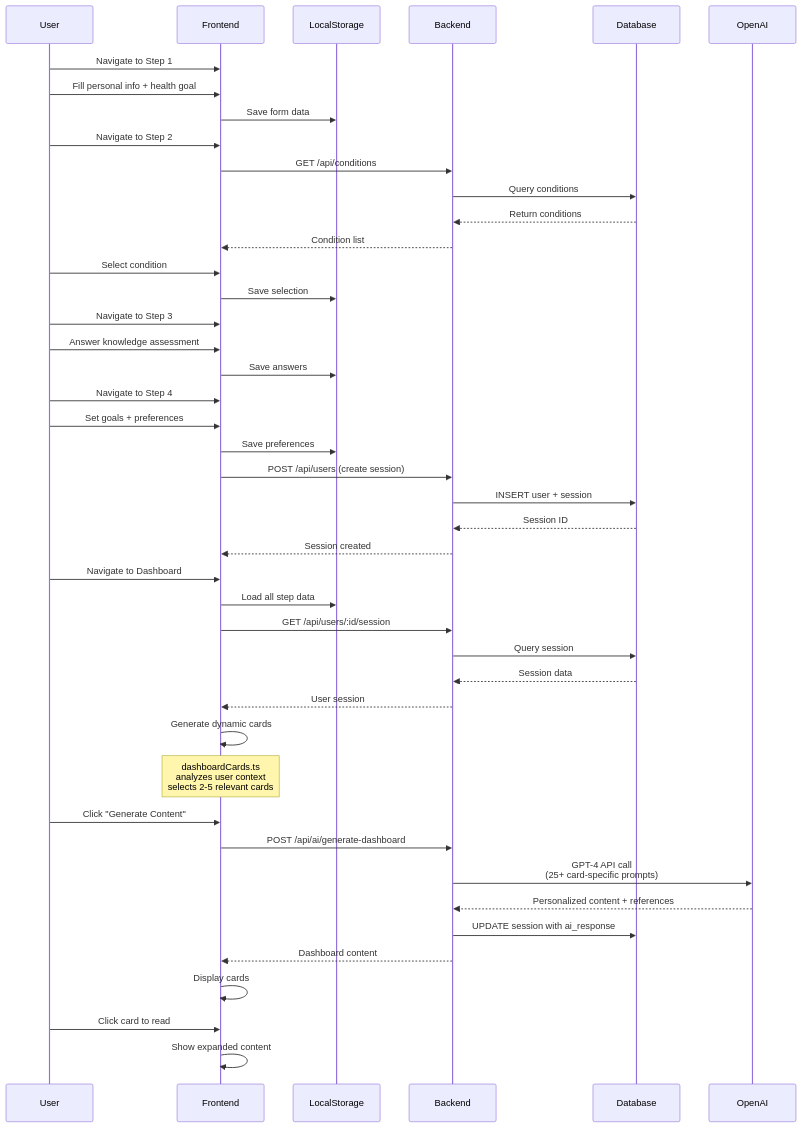
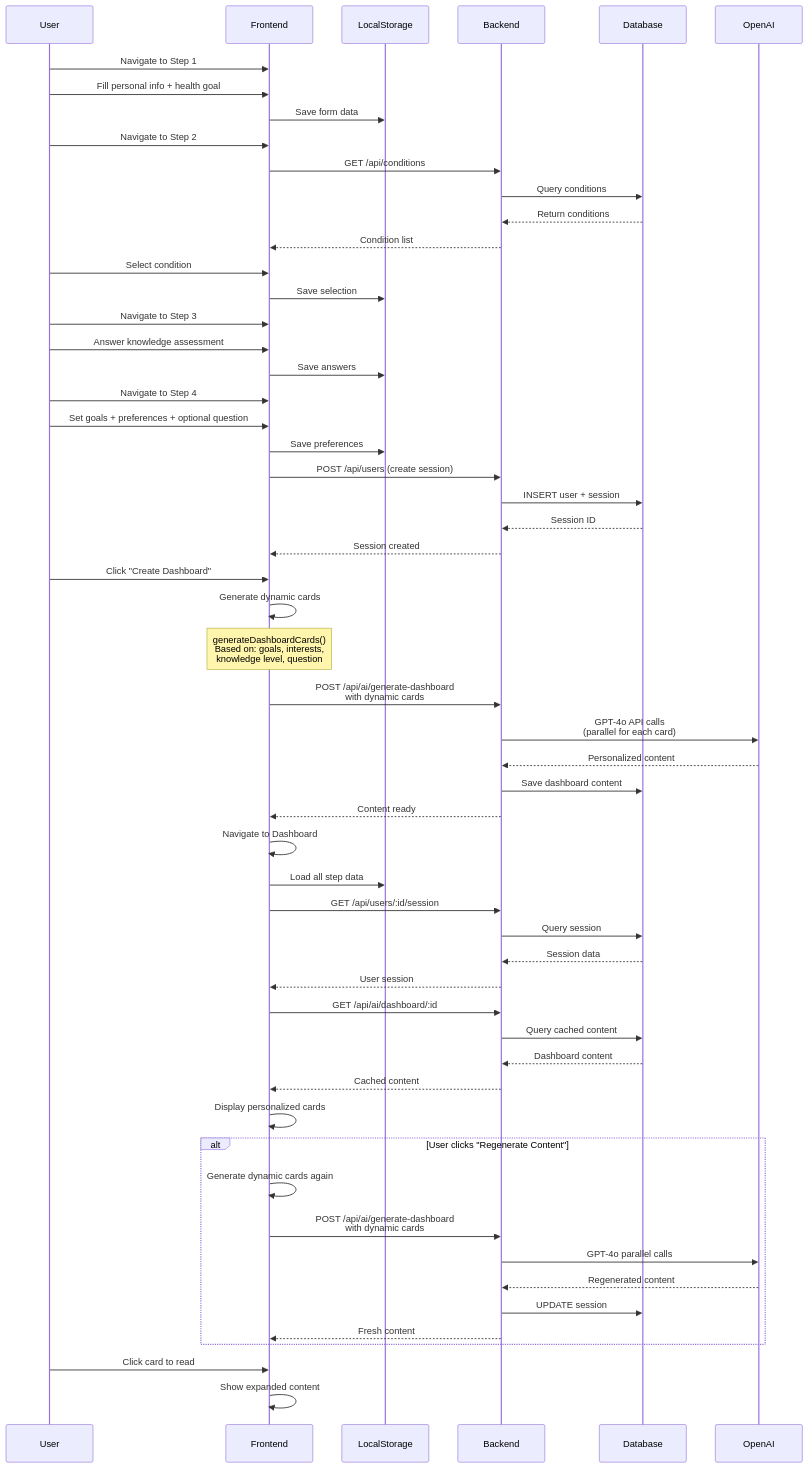
One commit to EyadAlsadouni/AI-Based-Education changed the second of 10 diagrams in ARCHITECTURE.md. Above: the diagram before and after it, drawn with Mermaid. The commit also changed other lines of this file and 11 other files, not shown here.

````diff
--- a/ARCHITECTURE.md
+++ b/ARCHITECTURE.md
@@ -214,54 +205,66 @@
 ```mermaid
 sequenceDiagram
     participant User
     participant Frontend
     participant LocalStorage
     participant Backend
     participant Database
     participant OpenAI
     
     User->>Frontend: Navigate to Step 1
     User->>Frontend: Fill personal info + health goal
     Frontend->>LocalStorage: Save form data
     
     User->>Frontend: Navigate to Step 2
     Frontend->>Backend: GET /api/conditions
     Backend->>Database: Query conditions
     Database-->>Backend: Return conditions
     Backend-->>Frontend: Condition list
     User->>Frontend: Select condition
     Frontend->>LocalStorage: Save selection
     
     User->>Frontend: Navigate to Step 3
     User->>Frontend: Answer knowledge assessment
     Frontend->>LocalStorage: Save answers
     
     User->>Frontend: Navigate to Step 4
-    User->>Frontend: Set goals + preferences
+    User->>Frontend: Set goals + preferences + optional question
     Frontend->>LocalStorage: Save preferences
     Frontend->>Backend: POST /api/users (create session)
     Backend->>Database: INSERT user + session
     Database-->>Backend: Session ID
     Backend-->>Frontend: Session created
     
-    User->>Frontend: Navigate to Dashboard
+    User->>Frontend: Click "Create Dashboard"
+    Frontend->>Frontend: Generate dynamic cards
+    Note over Frontend: generateDashboardCards()<br/>Based on: goals, interests,<br/>knowledge level, question
+    Frontend->>Backend: POST /api/ai/generate-dashboard<br/>with dynamic cards
+    Backend->>OpenAI: GPT-4o API calls<br/>(parallel for each card)
+    OpenAI-->>Backend: Personalized content
+    Backend->>Database: Save dashboard content
+    Backend-->>Frontend: Content ready
+    Frontend->>Frontend: Navigate to Dashboard
     Frontend->>LocalStorage: Load all step data
     Frontend->>Backend: GET /api/users/:id/session
     Backend->>Database: Query session
     Database-->>Backend: Session data
     Backend-->>Frontend: User session
     
-    Frontend->>Frontend: Generate dynamic cards
-    Note over Frontend: dashboardCards.ts<br/>analyzes user context<br/>selects 2-5 relevant cards
+    Frontend->>Backend: GET /api/ai/dashboard/:id
+    Backend->>Database: Query cached content
+    Database-->>Backend: Dashboard content
+    Backend-->>Frontend: Cached content
+    Frontend->>Frontend: Display personalized cards
     
-    User->>Frontend: Click "Generate Content"
-    Frontend->>Backend: POST /api/ai/generate-dashboard
-    Backend->>OpenAI: GPT-4 API call<br/>(25+ card-specific prompts)
-    OpenAI-->>Backend: Personalized content + references
-    Backend->>Database: UPDATE session with ai_response
-    Backend-->>Frontend: Dashboard content
-    Frontend->>Frontend: Display cards
+    alt User clicks "Regenerate Content"
+        Frontend->>Frontend: Generate dynamic cards again
+        Frontend->>Backend: POST /api/ai/generate-dashboard<br/>with dynamic cards
+        Backend->>OpenAI: GPT-4o parallel calls
+        OpenAI-->>Backend: Regenerated content
+        Backend->>Database: UPDATE session
+        Backend-->>Frontend: Fresh content
+    end
     
     User->>Frontend: Click card to read
     Frontend->>Frontend: Show expanded content
 ```
````
